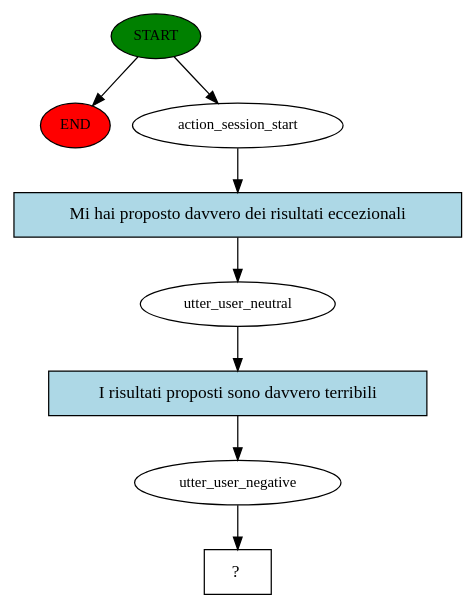
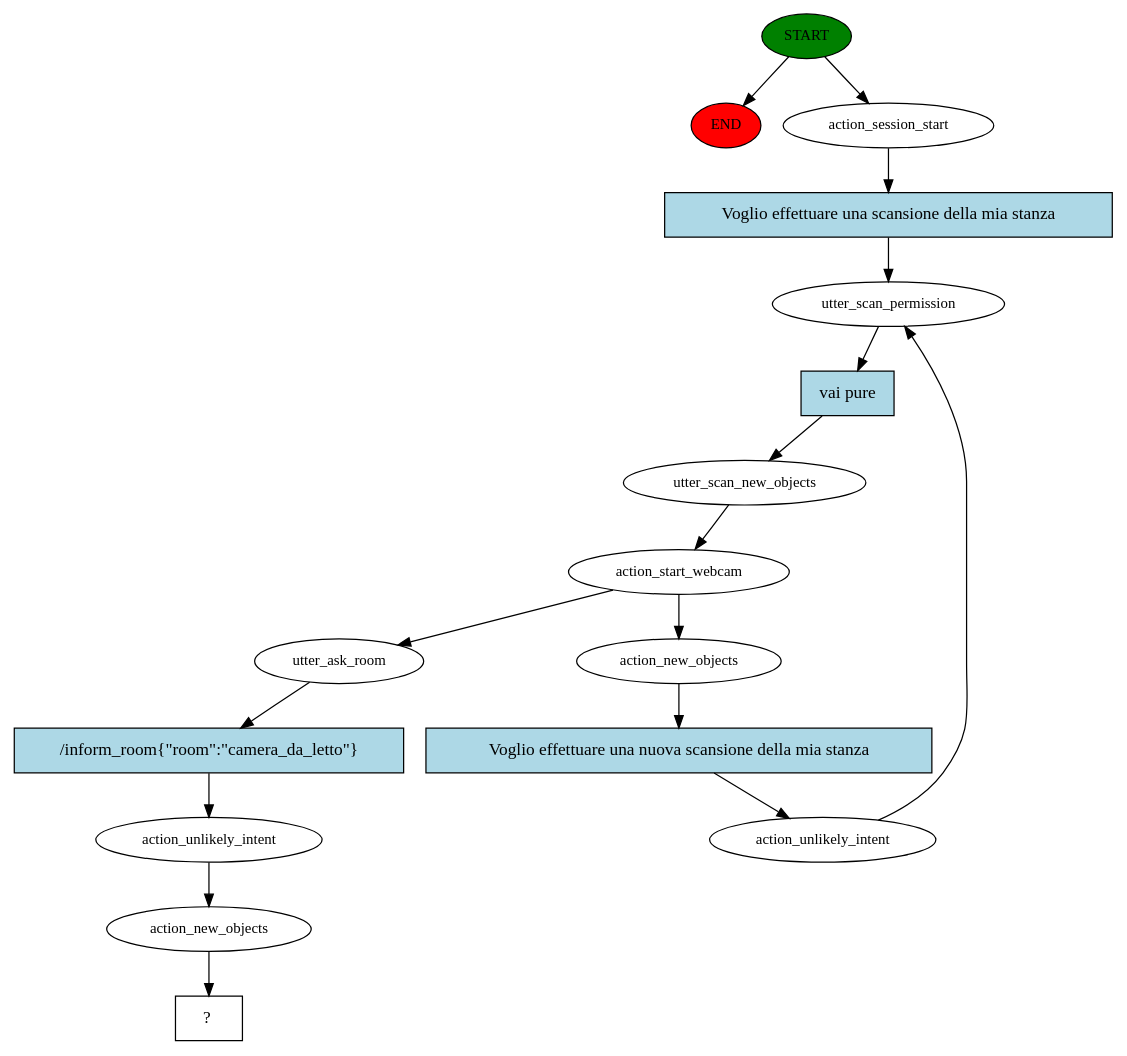
Before and after one commit to Giustino98/RasaChatbot: the diagram in story_graph.dot, drawn with Graphviz. The commit also changed 8 other files, not shown here.

First line of the commit message:
Il chatbot ora, nel caso non riconosca la stanza, chiede all'utente in che stanza si trova utilizzando dei pulsanti.

```diff
--- a/story_graph.dot
+++ b/story_graph.dot
@@ -1,17 +1,34 @@
 digraph  {
 0 [class="start active", fillcolor=green, fontsize=12, label=START, style=filled];
 "-1" [class=end, fillcolor=red, fontsize=12, label=END, style=filled];
 1 [class=active, fontsize=12, label=action_session_start];
-2 [class=active, fontsize=12, label=utter_user_neutral];
-3 [class=active, fontsize=12, label=utter_user_negative];
-4 [class="intent dashed active", label="  ?  ", shape=rect];
-5 [class="intent active", fillcolor=lightblue, label="Mi hai proposto davvero dei risultati eccezionali", shape=rect, style=filled];
-6 [class="intent active", fillcolor=lightblue, label="I risultati proposti sono davvero terribili", shape=rect, style=filled];
+2 [class=active, fontsize=12, label=utter_scan_permission];
+3 [class=active, fontsize=12, label=utter_scan_new_objects];
+4 [class=active, fontsize=12, label=action_start_webcam];
+5 [class=active, fontsize=12, label=action_new_objects];
+6 [class=active, fontsize=12, label=action_unlikely_intent];
+10 [class=active, fontsize=12, label=utter_ask_room];
+11 [class=active, fontsize=12, label=action_unlikely_intent];
+12 [class=active, fontsize=12, label=action_new_objects];
+13 [class="intent dashed active", label="  ?  ", shape=rect];
+14 [class="intent active", fillcolor=lightblue, label="Voglio effettuare una scansione della mia stanza", shape=rect, style=filled];
+15 [class="intent active", fillcolor=lightblue, label="vai pure", shape=rect, style=filled];
+16 [class="intent active", fillcolor=lightblue, label="Voglio effettuare una nuova scansione della mia stanza", shape=rect, style=filled];
+17 [class="intent active", fillcolor=lightblue, label="/inform_room{\"room\":\"camera_da_letto\"}", shape=rect, style=filled];
 0 -> "-1"  [class="", key=NONE, label=""];
 0 -> 1  [class=active, key=NONE, label=""];
-1 -> 5  [class=active, key=0];
-2 -> 6  [class=active, key=0];
+1 -> 14  [class=active, key=0];
+2 -> 15  [class=active, key=0];
 3 -> 4  [class=active, key=NONE, label=""];
-5 -> 2  [class=active, key=0];
-6 -> 3  [class=active, key=0];
+4 -> 5  [class=active, key=NONE, label=""];
+4 -> 10  [class=active, key=NONE, label=""];
+5 -> 16  [class=active, key=0];
+6 -> 2  [class=active, key=NONE, label=""];
+10 -> 17  [class=active, key=0];
+11 -> 12  [class=active, key=NONE, label=""];
+12 -> 13  [class=active, key=NONE, label=""];
+14 -> 2  [class=active, key=0];
+15 -> 3  [class=active, key=0];
+16 -> 6  [class=active, key=0];
+17 -> 11  [class=active, key=0];
 }
```
